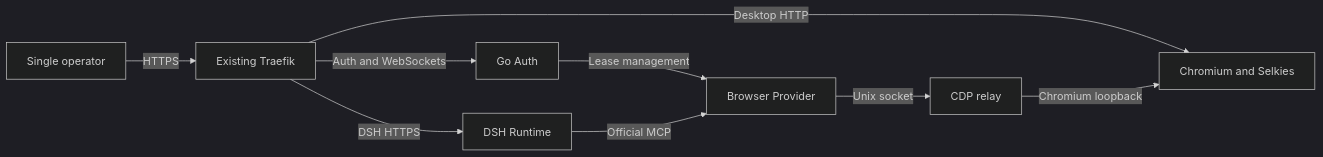
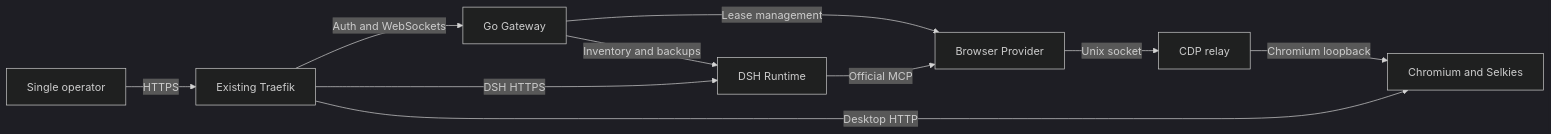
One commit to sagehou/dsh-workstation changed the diagram in docs/ARCHITECTURE.md. Above: the diagram before and after it, drawn with Mermaid (dark theme). The commit also changed other lines of this file and 42 other files, not shown here.

````diff
--- a/docs/ARCHITECTURE.md
+++ b/docs/ARCHITECTURE.md
@@ -26,11 +26,12 @@
 ```mermaid
 flowchart LR
     Person["Single operator"] -->|"HTTPS"| Edge["Existing Traefik"]
-    Edge -->|"Auth and WebSockets"| Auth["Go Auth"]
+    Edge -->|"Auth and WebSockets"| Gateway["Go Gateway"]
     Edge -->|"DSH HTTPS"| DSH["DSH Runtime"]
     Edge -->|"Desktop HTTP"| Browser["Chromium and Selkies"]
-    Auth -->|"Lease management"| Provider["Browser Provider"]
+    Gateway -->|"Lease management"| Provider["Browser Provider"]
+    Gateway -->|"Inventory and backups"| DSH
     DSH -->|"Official MCP"| Provider
     Provider -->|"Unix socket"| Relay["CDP relay"]
     Relay -->|"Chromium loopback"| Browser
 ```
````
